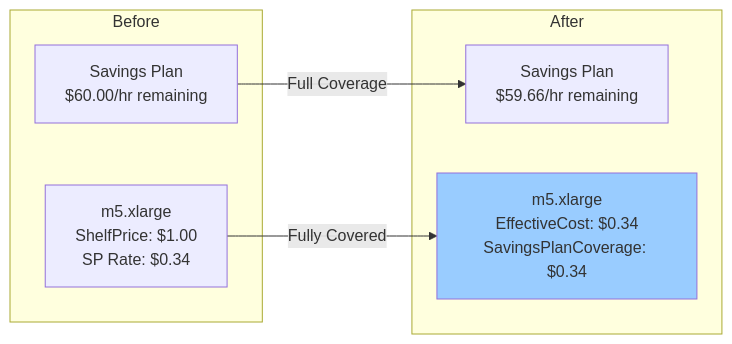
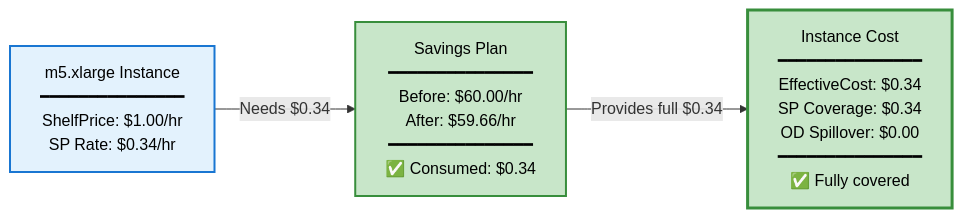
One commit to Nextdoor/lumina changed the fourth of 8 diagrams in ALGORITHM.md. Above: the diagram before and after it, drawn with Mermaid. The commit also changed other lines of this file, not shown here.

First line of the commit message:
docs(algorithm): improve full/partial coverage diagram clarity

````diff
--- a/ALGORITHM.md
+++ b/ALGORITHM.md
@@ -281,17 +272,15 @@
 ```mermaid
-graph LR
-    subgraph "Before"
-        SP1[Savings Plan<br/>$60.00/hr remaining]
-        Inst1[m5.xlarge<br/>ShelfPrice: $1.00<br/>SP Rate: $0.34]
-    end
+flowchart LR
+    I1["m5.xlarge Instance<br/>━━━━━━━━━━━━━━━<br/>ShelfPrice: $1.00/hr<br/>SP Rate: $0.34/hr"]
 
-    subgraph "After"
-        SP2[Savings Plan<br/>$59.66/hr remaining]
-        Inst2[m5.xlarge<br/>EffectiveCost: $0.34<br/>SavingsPlanCoverage: $0.34]
-    end
+    SP1["Savings Plan<br/>━━━━━━━━━━━━━━━<br/>Before: $60.00/hr<br/>After: $59.66/hr<br/>━━━━━━━━━━━━━━━<br/>✅ Consumed: $0.34"]
 
-    SP1 -->|Full Coverage| SP2
-    Inst1 -->|Fully Covered| Inst2
+    Result["Instance Cost<br/>━━━━━━━━━━━━━━━<br/>EffectiveCost: $0.34<br/>SP Coverage: $0.34<br/>OD Spillover: $0.00<br/>━━━━━━━━━━━━━━━<br/>✅ Fully covered"]
 
-    style Inst2 fill:#99ccff
+    I1 -->|"Needs $0.34"| SP1
+    SP1 -->|"Provides full $0.34"| Result
+
+    style I1 fill:#e3f2fd,stroke:#1976d2,stroke-width:2px,color:#000
+    style SP1 fill:#c8e6c9,stroke:#388e3c,stroke-width:2px,color:#000
+    style Result fill:#c8e6c9,stroke:#388e3c,stroke-width:3px,color:#000
 ```
````
